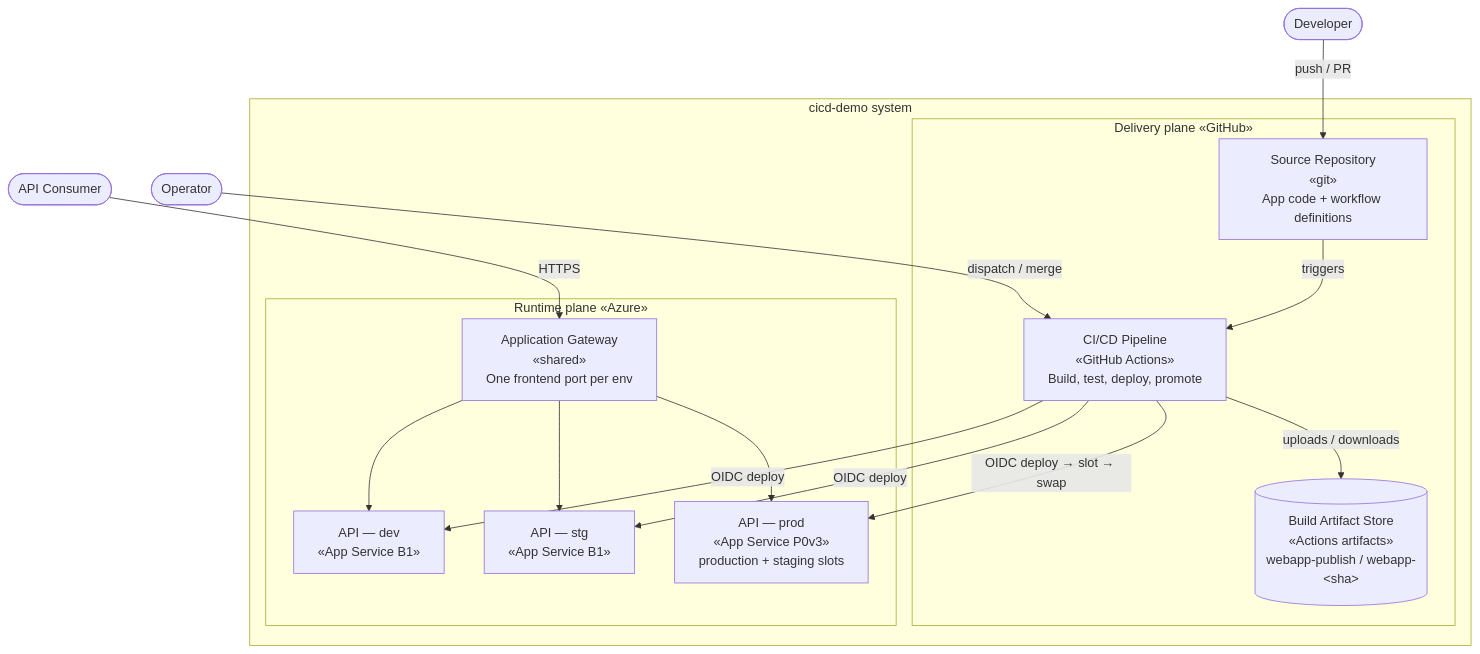
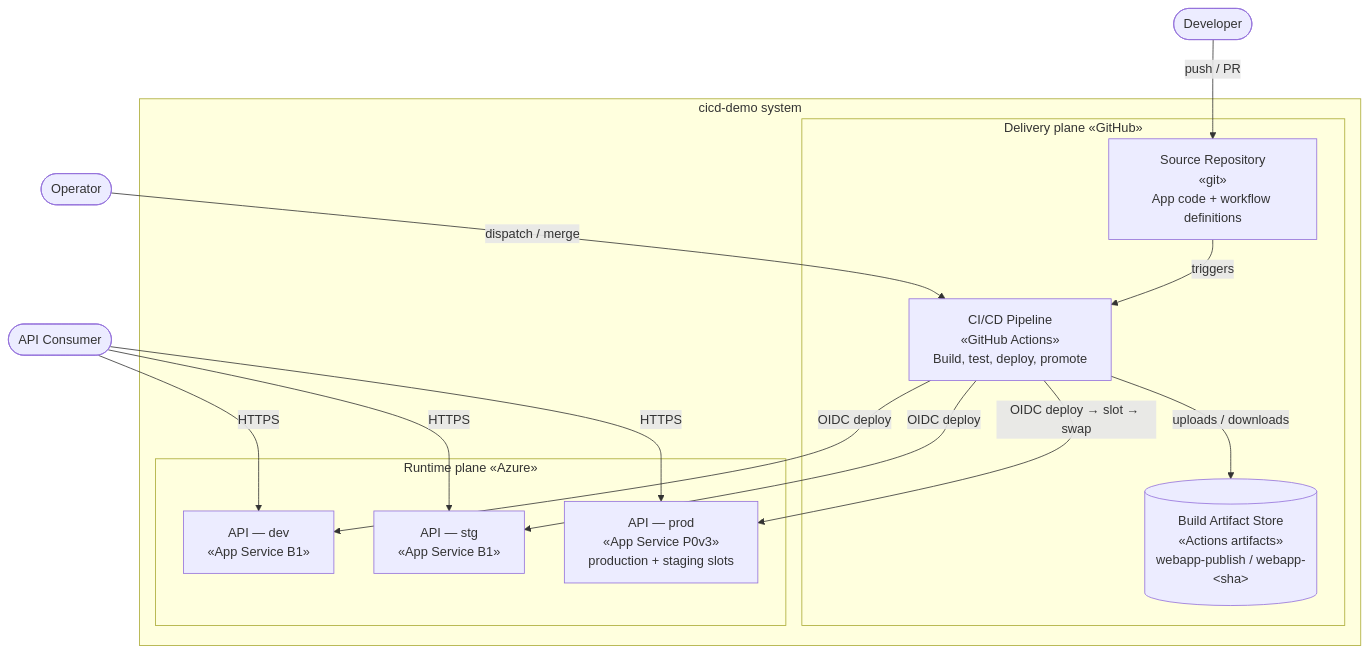
Before and after one commit to avlon-technologies/template-azure-cicd: the first of 2 diagrams in docs/c2-containers/README.md, drawn with Mermaid. The commit also changed other lines of this file and 7 other files, not shown here.

````diff
--- a/docs/c2-containers/README.md
+++ b/docs/c2-containers/README.md
@@ -9,33 +9,31 @@
 ```mermaid
 graph TB
     consumer([API Consumer])
     developer([Developer])
     operator([Operator])
 
     subgraph system [cicd-demo system]
         subgraph delivery [Delivery plane «GitHub»]
             repo[Source Repository<br/>«git»<br/>App code + workflow definitions]
             ci[CI/CD Pipeline<br/>«GitHub Actions»<br/>Build, test, deploy, promote]
             artifacts[(Build Artifact Store<br/>«Actions artifacts»<br/>webapp-publish / webapp-&lt;sha&gt;)]
         end
 
         subgraph runtime [Runtime plane «Azure»]
-            gateway[Application Gateway<br/>«shared»<br/>One frontend port per env]
             appdev[API — dev<br/>«App Service B1»]
             appstg[API — stg<br/>«App Service B1»]
             appprod[API — prod<br/>«App Service P0v3»<br/>production + staging slots]
         end
     end
 
     developer -->|push / PR| repo
     operator -->|dispatch / merge| ci
     repo -->|triggers| ci
     ci -->|uploads / downloads| artifacts
     ci -->|OIDC deploy| appdev
     ci -->|OIDC deploy| appstg
     ci -->|OIDC deploy → slot → swap| appprod
-    consumer -->|HTTPS| gateway
-    gateway --> appdev
-    gateway --> appstg
-    gateway --> appprod
+    consumer -->|HTTPS| appdev
+    consumer -->|HTTPS| appstg
+    consumer -->|HTTPS| appprod
 ```
````
